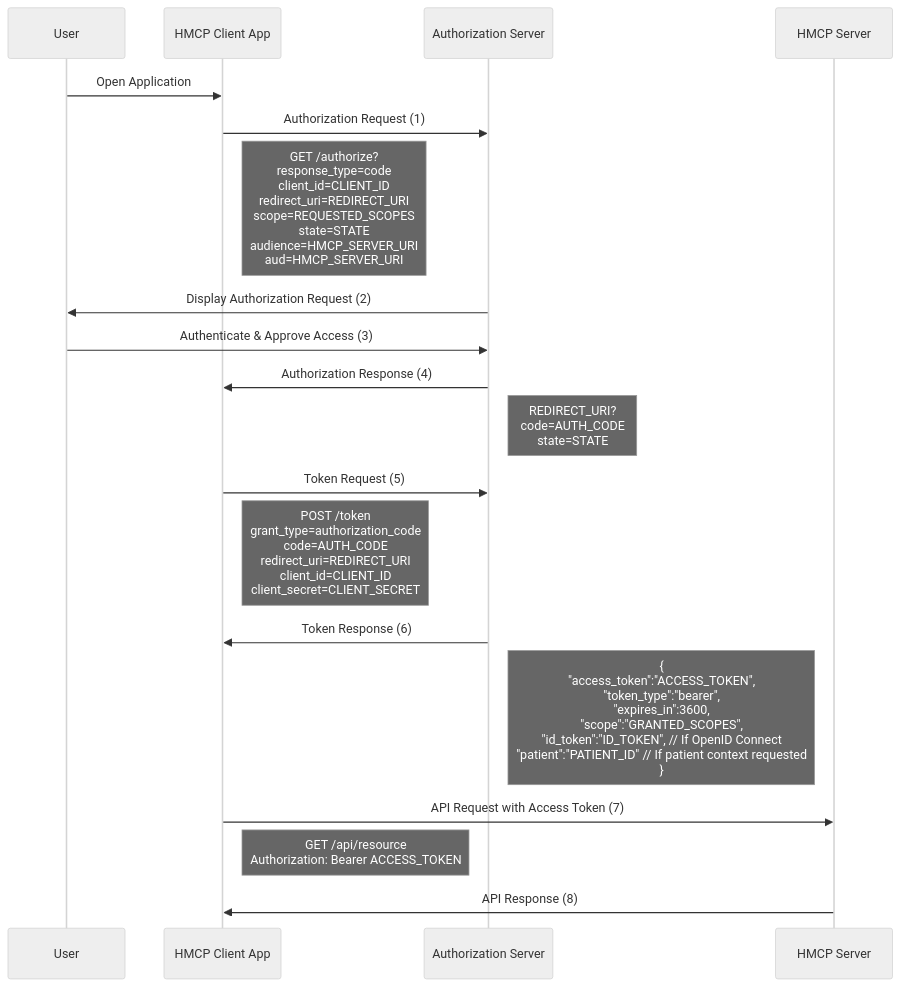
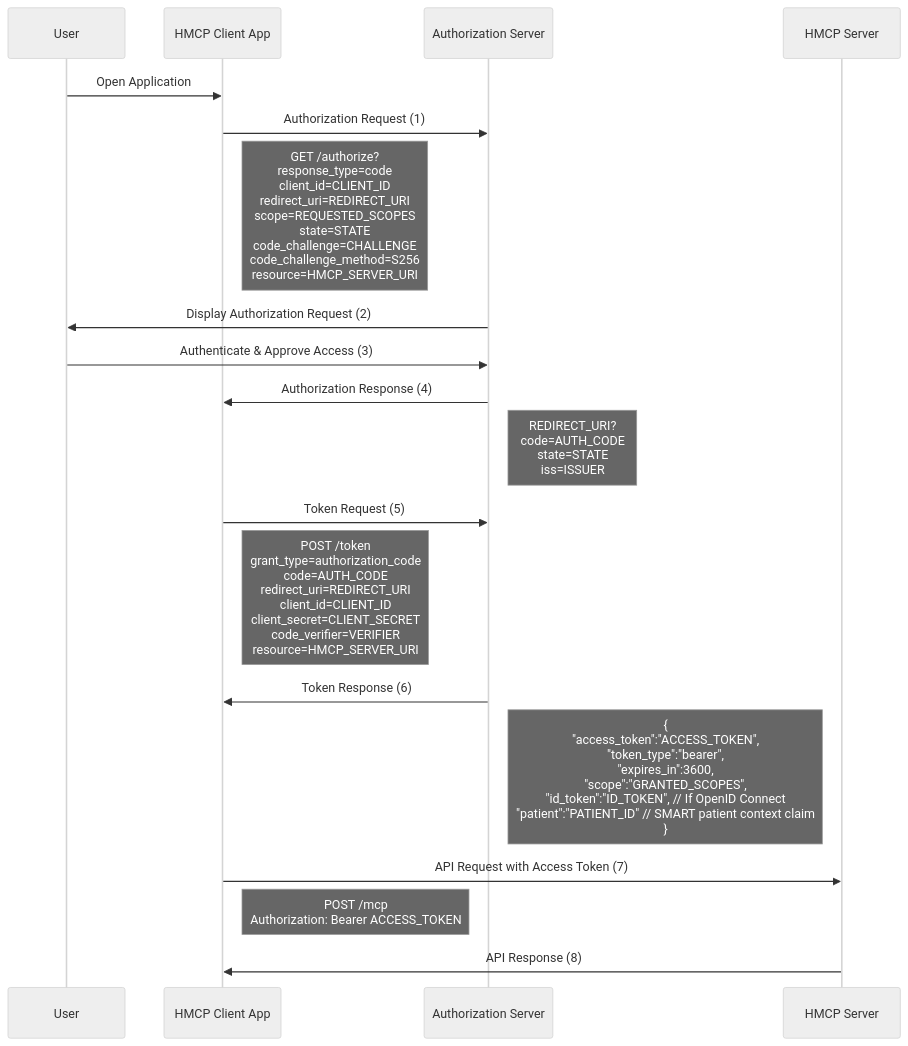
One commit to innovaccer/Healthcare-MCP changed the first of 2 diagrams in docs/specification/auth.md. Above: the diagram before and after it, drawn with Mermaid (neutral theme). The commit also changed other lines of this file and 124 other files, not shown here.

First line of the commit message:
HMCP 0.1.0: patient-context and guardrails extensions on MCP 2026-07-28

````diff
--- a/docs/specification/auth.md
+++ b/docs/specification/auth.md
@@ -13,22 +81,22 @@
 ```mermaid
 sequenceDiagram
     participant User
     participant HMCP_Client as HMCP Client App
     participant Auth_Server as Authorization Server
     participant HMCP_Server as HMCP Server
 
     User->>HMCP_Client: Open Application
     HMCP_Client->>Auth_Server: Authorization Request (1)
-    Note right of HMCP_Client: GET /authorize?<br>response_type=code<br>client_id=CLIENT_ID<br>redirect_uri=REDIRECT_URI<br>scope=REQUESTED_SCOPES<br>state=STATE<br>audience=HMCP_SERVER_URI<br>aud=HMCP_SERVER_URI
+    Note right of HMCP_Client: GET /authorize?<br>response_type=code<br>client_id=CLIENT_ID<br>redirect_uri=REDIRECT_URI<br>scope=REQUESTED_SCOPES<br>state=STATE<br>code_challenge=CHALLENGE<br>code_challenge_method=S256<br>resource=HMCP_SERVER_URI
     Auth_Server->>User: Display Authorization Request (2)
     User->>Auth_Server: Authenticate & Approve Access (3)
     Auth_Server->>HMCP_Client: Authorization Response (4)
-    Note right of Auth_Server: REDIRECT_URI?<br>code=AUTH_CODE<br>state=STATE
+    Note right of Auth_Server: REDIRECT_URI?<br>code=AUTH_CODE<br>state=STATE<br>iss=ISSUER
     HMCP_Client->>Auth_Server: Token Request (5)
-    Note right of HMCP_Client: POST /token<br>grant_type=authorization_code<br>code=AUTH_CODE<br>redirect_uri=REDIRECT_URI<br>client_id=CLIENT_ID<br>client_secret=CLIENT_SECRET
+    Note right of HMCP_Client: POST /token<br>grant_type=authorization_code<br>code=AUTH_CODE<br>redirect_uri=REDIRECT_URI<br>client_id=CLIENT_ID<br>client_secret=CLIENT_SECRET<br>code_verifier=VERIFIER<br>resource=HMCP_SERVER_URI
     Auth_Server->>HMCP_Client: Token Response (6)
-    Note right of Auth_Server: {<br>"access_token":"ACCESS_TOKEN",<br>"token_type":"bearer",<br>"expires_in":3600,<br>"scope":"GRANTED_SCOPES",<br>"id_token":"ID_TOKEN", // If OpenID Connect<br>"patient":"PATIENT_ID" // If patient context requested<br>}
+    Note right of Auth_Server: {<br>"access_token":"ACCESS_TOKEN",<br>"token_type":"bearer",<br>"expires_in":3600,<br>"scope":"GRANTED_SCOPES",<br>"id_token":"ID_TOKEN", // If OpenID Connect<br>"patient":"PATIENT_ID" // SMART patient context claim<br>}
     HMCP_Client->>HMCP_Server: API Request with Access Token (7)
-    Note right of HMCP_Client: GET /api/resource<br>Authorization: Bearer ACCESS_TOKEN
+    Note right of HMCP_Client: POST /mcp<br>Authorization: Bearer ACCESS_TOKEN
     HMCP_Server->>HMCP_Client: API Response (8)
 ```
````
